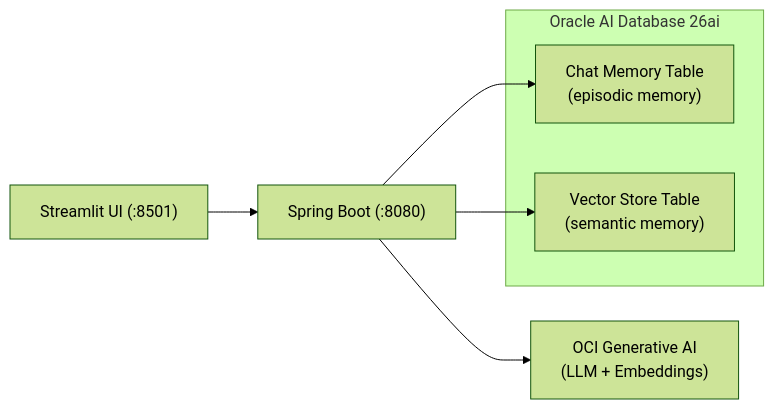
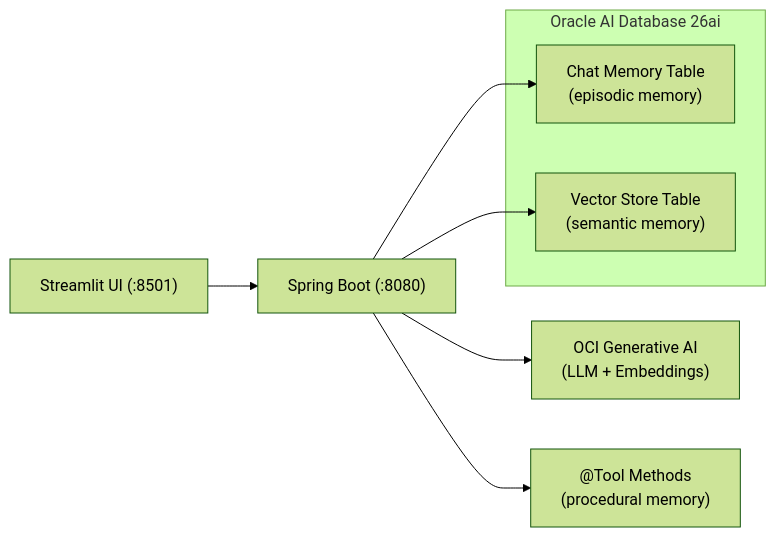
One commit to vmleon/oracle-database-java-agent-memory changed the first of 2 diagrams in README.md. Above: the diagram before and after it, drawn with Mermaid (forest theme). The commit also changed other lines of this file, not shown here.

Commit message:
include procedural memory on the README.md file

````diff
--- a/README.md
+++ b/README.md
@@ -7,12 +7,13 @@
 ```mermaid
 graph LR
     UI["Streamlit UI (:8501)"] --> API["Spring Boot (:8080)"]
     API --> OCI["OCI Generative AI<br/>(LLM + Embeddings)"]
     API --> CM["Chat Memory Table<br/>(episodic memory)"]
     API --> VS["Vector Store Table<br/>(semantic memory)"]
+    API --> PM["@Tool Methods<br/>(procedural memory)"]
 
     subgraph Oracle AI Database 26ai
         CM
         VS
     end
 ```
````
